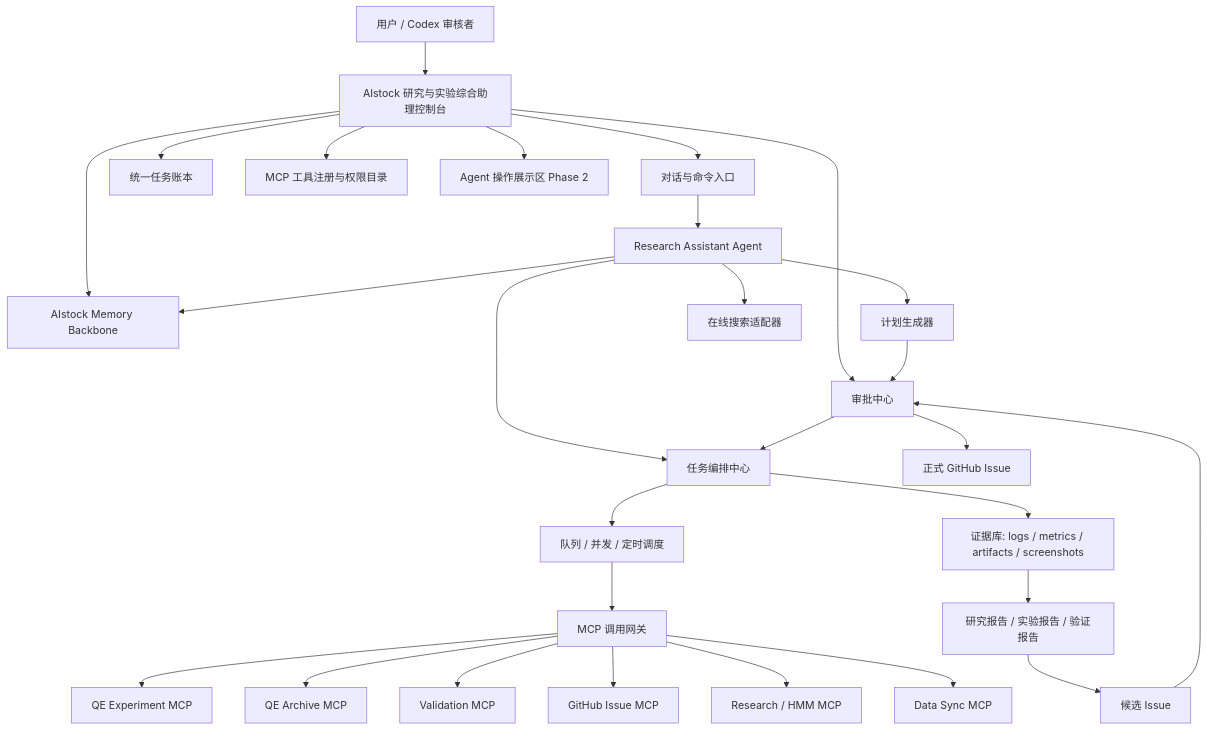
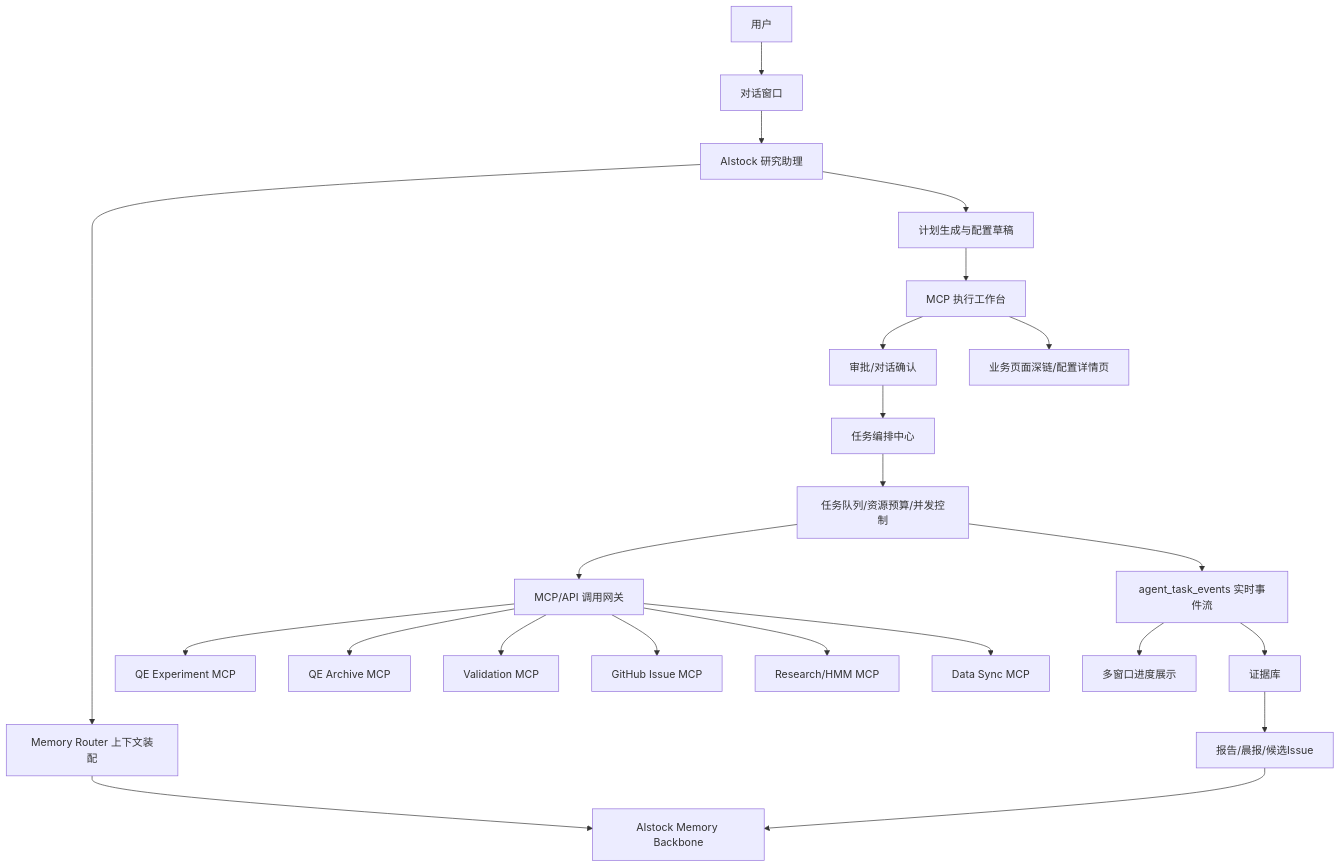
One commit to licong01-cloud/AIstock changed the first of 4 diagrams in docs/architecture/aistock_research_agent_console_design_20260520.md. Above: the diagram before and after it, drawn with Mermaid. The commit also changed other lines of this file, not shown here.

Commit message:
docs(research): refine assistant memory architecture

````diff
--- a/docs/architecture/aistock_research_agent_console_design_20260520.md
+++ b/docs/architecture/aistock_research_agent_console_design_20260520.md
@@ -82,34 +93,27 @@
 ```mermaid
 flowchart TD
-    User["用户 / Codex 审核者"] --> Console["AIstock 研究与实验综合助理控制台"]
-    Console --> Chat["对话与命令入口"]
-    Console --> Approval["审批中心"]
-    Console --> TaskLedger["统一任务账本"]
-    Console --> Memory["AIstock Memory Backbone"]
-    Console --> MCPRegistry["MCP 工具注册与权限目录"]
-    Console --> Workspace["Agent 操作展示区 Phase 2"]
-
-    Chat --> Agent["Research Assistant Agent"]
-    Agent --> Planner["计划生成器"]
-    Agent --> Search["在线搜索适配器"]
-    Agent --> Memory
-    Agent --> Orchestrator["任务编排中心"]
-
-    Planner --> Approval
-    Approval --> Orchestrator
-    Orchestrator --> Queue["队列 / 并发 / 定时调度"]
-    Queue --> MCPGateway["MCP 调用网关"]
+    User["用户"] --> Chat["对话窗口"]
+    Chat --> Assistant["AIstock 研究助理"]
+    Assistant --> MemoryRouter["Memory Router 上下文装配"]
+    MemoryRouter --> MemoryBackbone["AIstock Memory Backbone"]
+    Assistant --> Planner["计划生成与配置草稿"]
+    Planner --> Workbench["MCP 执行工作台"]
+    Workbench --> Approval["审批/对话确认"]
+    Approval --> Orchestrator["任务编排中心"]
+    Orchestrator --> Queue["任务队列/资源预算/并发控制"]
+    Queue --> MCPGateway["MCP/API 调用网关"]
 
     MCPGateway --> QEExp["QE Experiment MCP"]
     MCPGateway --> QEArchive["QE Archive MCP"]
     MCPGateway --> Validation["Validation MCP"]
-    MCPGateway --> GitHub["GitHub Issue MCP"]
-    MCPGateway --> Research["Research / HMM MCP"]
+    MCPGateway --> Github["GitHub Issue MCP"]
+    MCPGateway --> Research["Research/HMM MCP"]
     MCPGateway --> DataSync["Data Sync MCP"]
 
-    Orchestrator --> Evidence["证据库: logs / metrics / artifacts / screenshots"]
-    Evidence --> Report["研究报告 / 实验报告 / 验证报告"]
-    Report --> CandidateIssue["候选 Issue"]
-    CandidateIssue --> Approval
-    Approval --> GitHubIssue["正式 GitHub Issue"]
+    Queue --> Events["agent_task_events 实时事件流"]
+    Events --> UIProgress["多窗口进度展示"]
+    Events --> Evidence["证据库"]
+    Evidence --> Report["报告/晨报/候选Issue"]
+    Report --> MemoryBackbone
+    Workbench --> DeepLinks["业务页面深链/配置详情页"]
 ```
````
